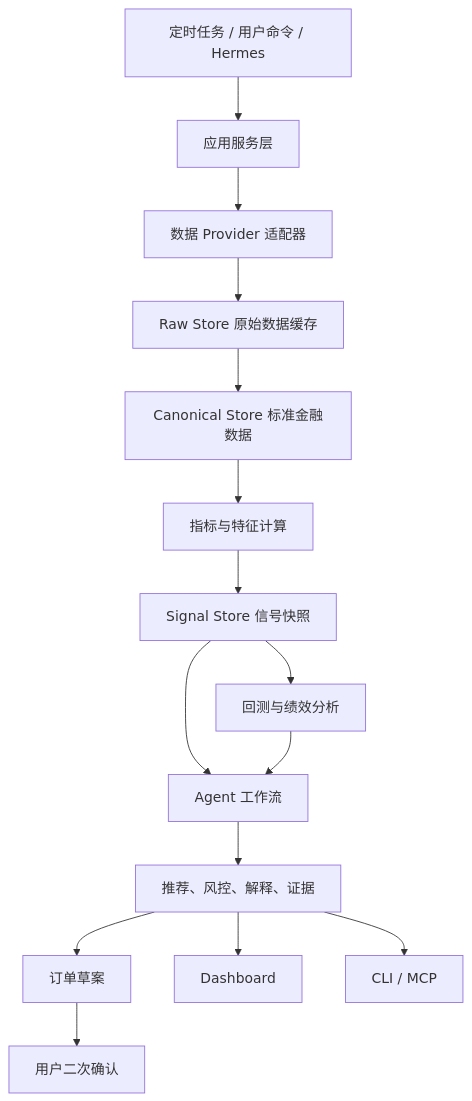
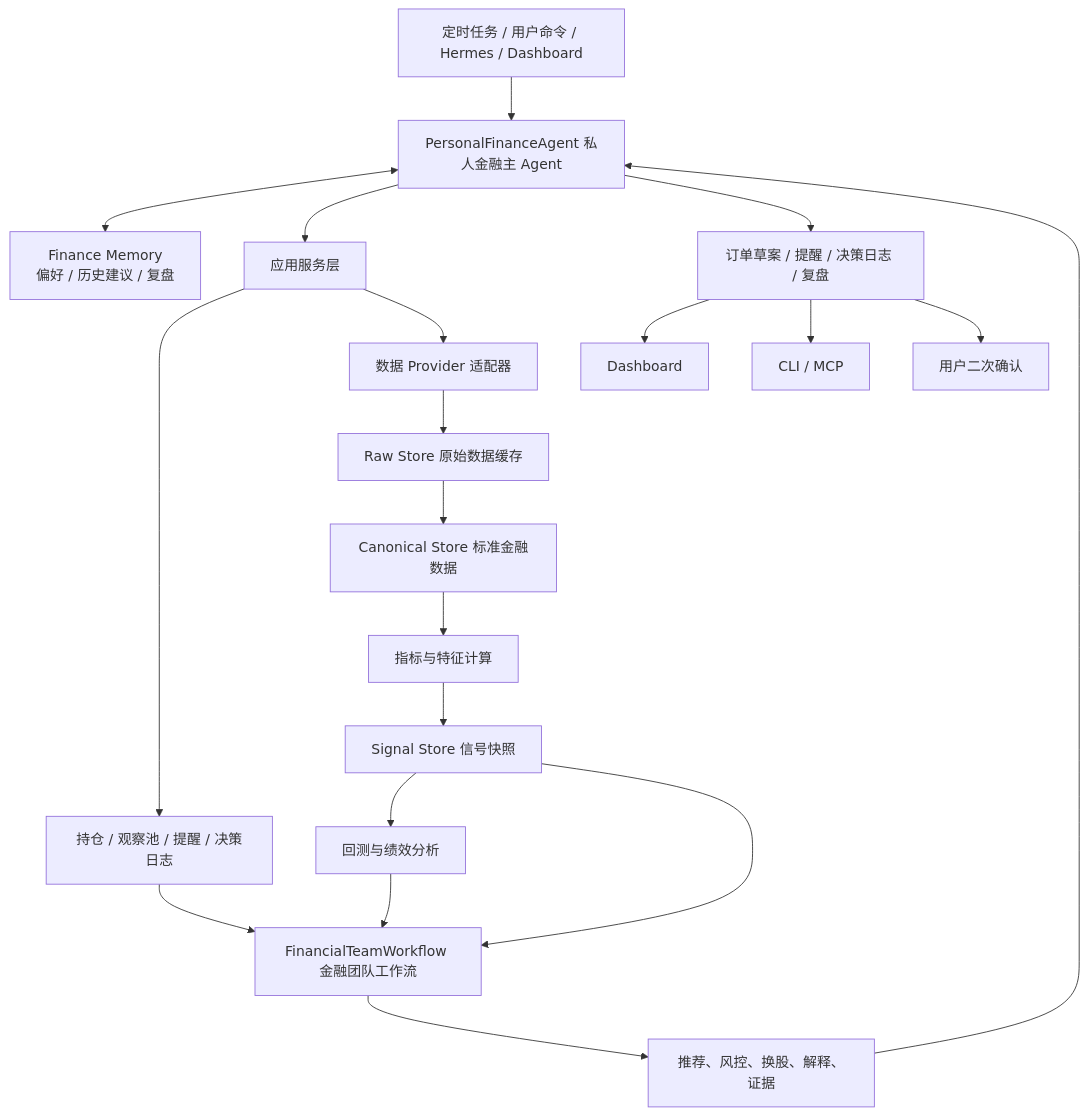
The diagram in docs/当前讨论与实施路径.md (312308542/finance-agent), drawn with Mermaid before and after one commit. The commit also changed other lines of this file and 13 other files, not shown here.

````diff
--- a/docs/当前讨论与实施路径.md
+++ b/docs/当前讨论与实施路径.md
@@ -129,17 +157,22 @@
 ```mermaid
 flowchart TD
-    A["定时任务 / 用户命令 / Hermes"] --> B["应用服务层"]
+    A["定时任务 / 用户命令 / Hermes / Dashboard"] --> PA["PersonalFinanceAgent 私人金融主 Agent"]
+    PA <--> MEM["Finance Memory\n偏好 / 历史建议 / 复盘"]
+    PA --> B["应用服务层"]
+    B --> PORT["持仓 / 观察池 / 提醒 / 决策日志"]
     B --> C["数据 Provider 适配器"]
     C --> D["Raw Store 原始数据缓存"]
     D --> E["Canonical Store 标准金融数据"]
     E --> F["指标与特征计算"]
     F --> G["Signal Store 信号快照"]
     G --> H["回测与绩效分析"]
-    G --> I["Agent 工作流"]
+    G --> I["FinancialTeamWorkflow 金融团队工作流"]
     H --> I
-    I --> J["推荐、风控、解释、证据"]
-    J --> K["订单草案"]
-    J --> L["Dashboard"]
-    J --> M["CLI / MCP"]
+    PORT --> I
+    I --> J["推荐、风控、换股、解释、证据"]
+    J --> PA
+    PA --> K["订单草案 / 提醒 / 决策日志 / 复盘"]
+    K --> L["Dashboard"]
+    K --> M["CLI / MCP"]
     K --> N["用户二次确认"]
 ```
````
